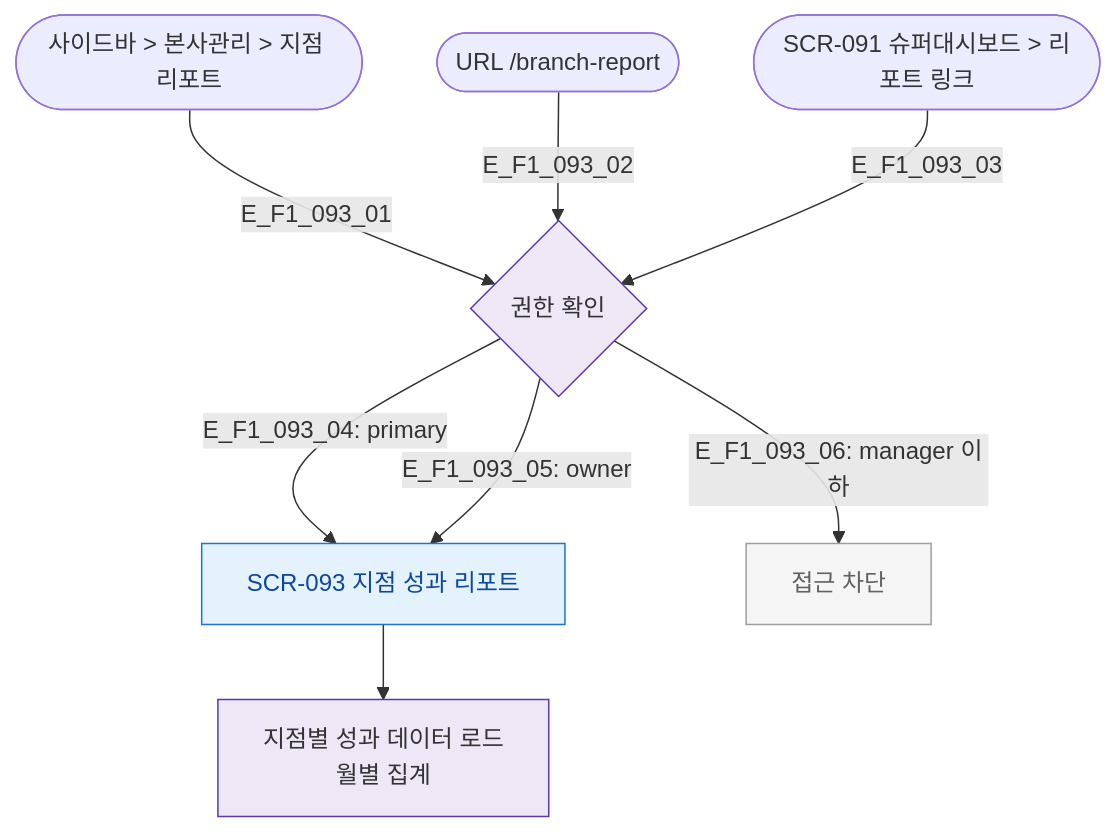
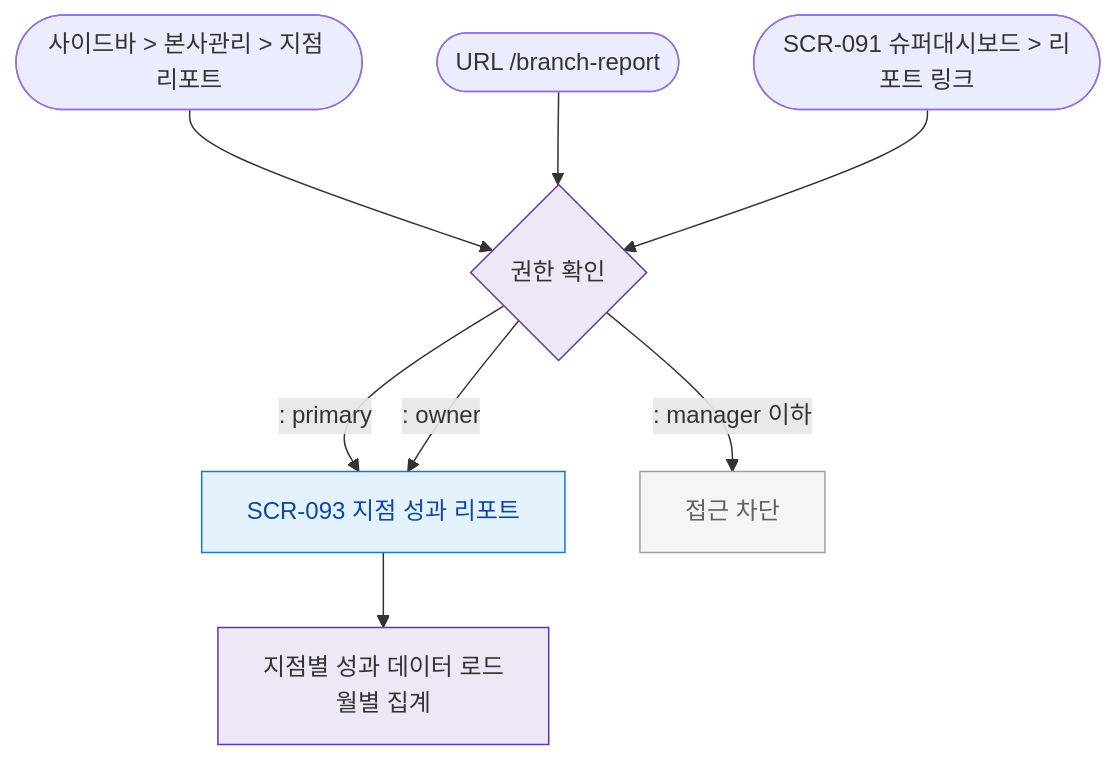
Before and after one commit to dev-spogym/admin-pando: the diagram in docs/다이어그램/D10_본사관리/SCR-093_지점성과리포트/F1_진입.md, drawn with Mermaid. The commit also changed other lines of this file and 1660 other files, not shown here.

First line of the commit message:
다이어그램: 기획자/클라이언트 납품본으로 정리

````diff
--- a/docs/다이어그램/D10_본사관리/SCR-093_지점성과리포트/F1_진입.md
+++ b/docs/다이어그램/D10_본사관리/SCR-093_지점성과리포트/F1_진입.md
@@ -14,20 +12,20 @@
 ```mermaid
 flowchart TD
-  E1([사이드바 > 본사관리 > 지점 리포트]) -->|E_F1_093_01| AuthCheck{권한 확인}
-  E2([URL /branch-report]) -->|E_F1_093_02| AuthCheck
-  E3([SCR-091 슈퍼대시보드 > 리포트 링크]) -->|E_F1_093_03| AuthCheck
+  E1([사이드바 > 본사관리 > 지점 리포트]) --> AuthCheck{권한 확인}
+  E2([URL /branch-report]) --> AuthCheck
+  E3([SCR-091 슈퍼대시보드 > 리포트 링크]) --> AuthCheck
 
-  AuthCheck -->|"E_F1_093_04: primary"| SCR_093[SCR-093 지점 성과 리포트]
-  AuthCheck -->|"E_F1_093_05: owner"| SCR_093
-  AuthCheck -->|"E_F1_093_06: manager 이하"| Blocked[접근 차단]
+  AuthCheck -->|": primary"|SCR_093[SCR-093 지점 성과 리포트]
+  AuthCheck -->|": owner"|SCR_093
+  AuthCheck -->|": manager 이하"|Blocked[접근 차단]
 
   SCR_093 --> Load[지점별 성과 데이터 로드\n월별 집계]
 
   classDef screen fill:#E3F2FD,stroke:#1976D2,color:#0D47A1
   classDef system fill:#EDE7F6,stroke:#5E35B2
   classDef rbacBlocked fill:#F5F5F5,stroke:#9E9E9E,color:#616161
 
   class SCR_093 screen
   class AuthCheck,Load system
   class Blocked rbacBlocked
 ```
````
